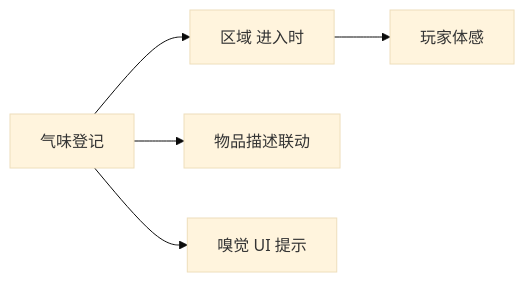
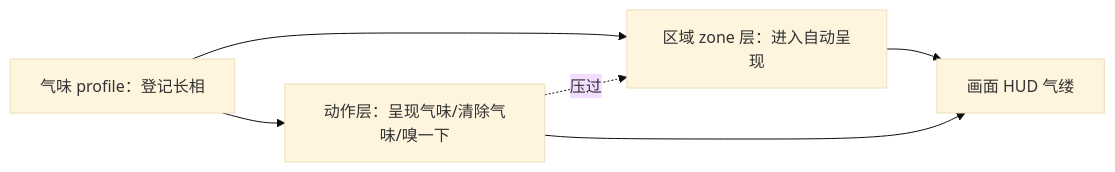
One commit to wubugui/GDoc changed the diagram in docs/editors/panels/smell.md. Above: the diagram before and after it, drawn with Mermaid (base theme). The commit also changed other lines of this file and 112 other files, not shown here.

````diff
--- a/docs/editors/panels/smell.md
+++ b/docs/editors/panels/smell.md
@@ -40,7 +35,8 @@
 ```mermaid
 flowchart LR
-  SM[气味登记] --> Z[区域 进入时]
-  SM --> I[物品描述联动]
-  SM --> UI[嗅觉 UI 提示]
-  Z --> P[玩家体感]
+  P[气味 profile：登记长相] --> Z[区域 zone 层：进入自动呈现]
+  P --> A[动作层：呈现气味/清除气味/嗅一下]
+  Z --> G[画面 HUD 气缕]
+  A --> G
+  A -.压过.-> Z
 ```
````
